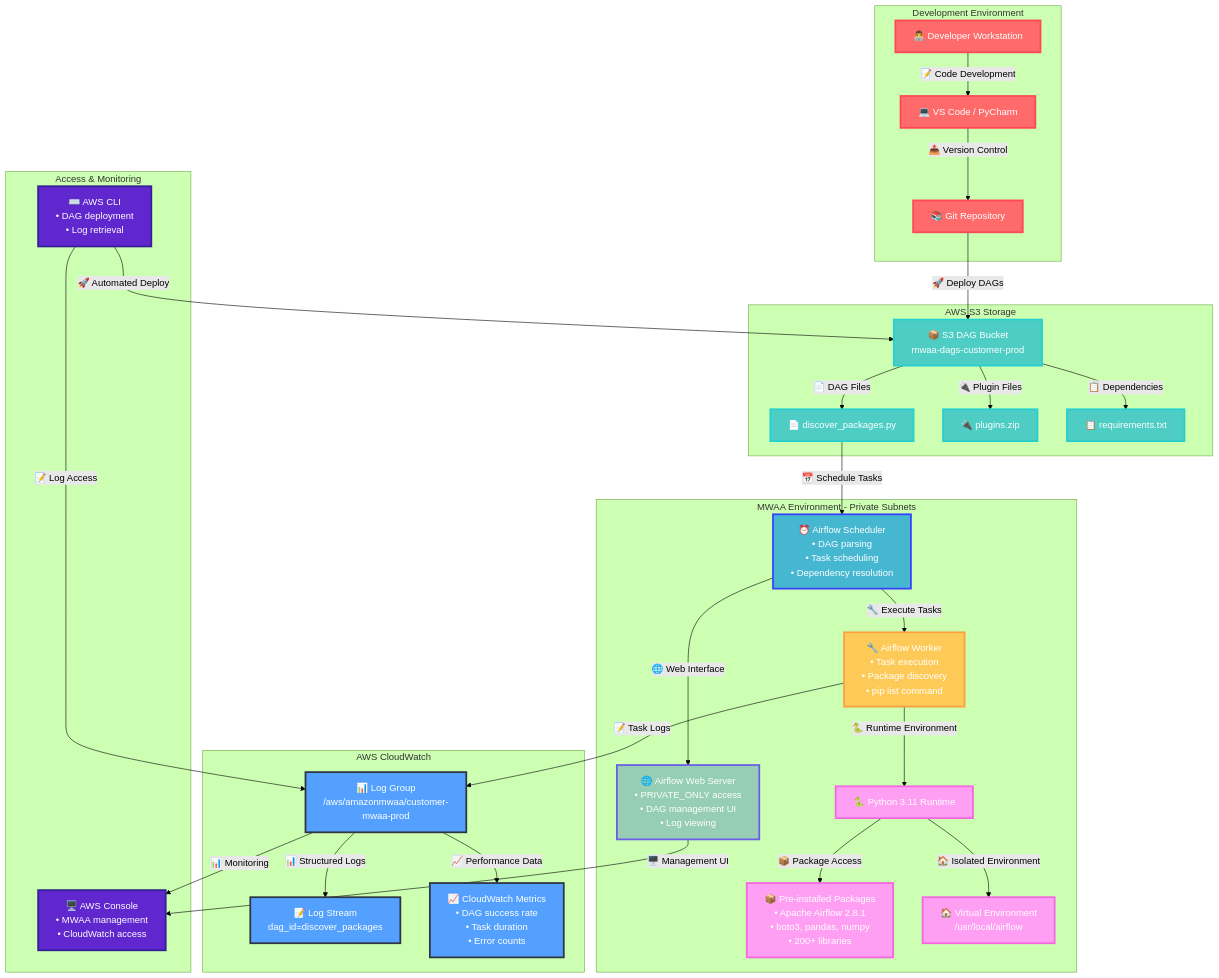
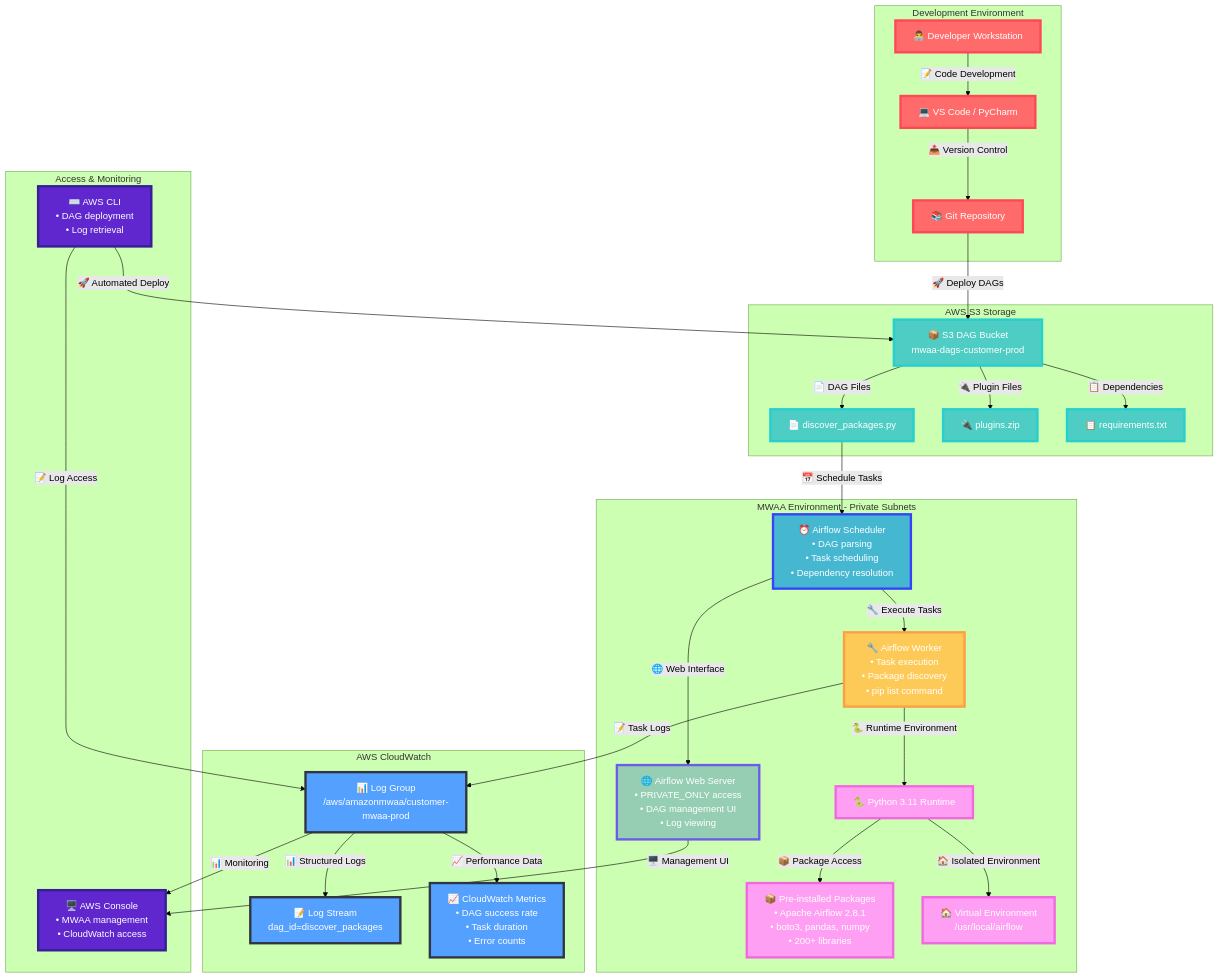
One commit to demoq-demo/mwaa changed the tenth of 12 diagrams in README.md. Above: the diagram before and after it, drawn with Mermaid (forest theme). The commit also changed other lines of this file, not shown here.

````diff
--- a/README.md
+++ b/README.md
@@ -732,69 +742,69 @@
 ```mermaid
 graph TB
     subgraph "Development Environment"
         DEV[👨‍💻 Developer Workstation]:::dev
         IDE[💻 VS Code / PyCharm]:::dev
         GIT[📚 Git Repository]:::dev
     end
     
     subgraph "AWS S3 Storage"
         S3BUCKET[📦 S3 DAG Bucket<br/>mwaa-dags-customer-prod]:::s3
         DAGFILE[📄 discover_packages.py]:::s3
         PLUGINS[🔌 plugins.zip]:::s3
         REQS[📋 requirements.txt]:::s3
     end
     
     subgraph "MWAA Environment - Private Subnets"
         SCHEDULER[⏰ Airflow Scheduler<br/>• DAG parsing<br/>• Task scheduling<br/>• Dependency resolution]:::scheduler
         WEBSERVER[🌐 Airflow Web Server<br/>• PRIVATE_ONLY access<br/>• DAG management UI<br/>• Log viewing]:::webserver
         WORKER[🔧 Airflow Worker<br/>• Task execution<br/>• Package discovery<br/>• pip list command]:::worker
         
         PYTHON[🐍 Python 3.11 Runtime]:::runtime
         PACKAGES[📦 Pre-installed Packages<br/>• Apache Airflow 2.8.1<br/>• boto3, pandas, numpy<br/>• 200+ libraries]:::runtime
         VENV[🏠 Virtual Environment<br/>/usr/local/airflow]:::runtime
     end
     
     subgraph "AWS CloudWatch"
         LOGGROUP[📊 Log Group<br/>/aws/amazonmwaa/customer-mwaa-prod]:::logs
         LOGSTREAM[📝 Log Stream<br/>dag_id=discover_packages]:::logs
         METRICS[📈 CloudWatch Metrics<br/>• DAG success rate<br/>• Task duration<br/>• Error counts]:::logs
     end
     
     subgraph "Access & Monitoring"
         CONSOLE[🖥️ AWS Console<br/>• MWAA management<br/>• CloudWatch access]:::access
         CLI[⌨️ AWS CLI<br/>• DAG deployment<br/>• Log retrieval]:::access
     end
     
     DEV -->|📝 Code Development| IDE
     IDE -->|📤 Version Control| GIT
     GIT -->|🚀 Deploy DAGs| S3BUCKET
     S3BUCKET -->|📄 DAG Files| DAGFILE
     S3BUCKET -->|🔌 Plugin Files| PLUGINS
     S3BUCKET -->|📋 Dependencies| REQS
     
     DAGFILE -->|📅 Schedule Tasks| SCHEDULER
     SCHEDULER -->|🌐 Web Interface| WEBSERVER
     SCHEDULER -->|🔧 Execute Tasks| WORKER
     
     WORKER -->|🐍 Runtime Environment| PYTHON
     PYTHON -->|📦 Package Access| PACKAGES
     PYTHON -->|🏠 Isolated Environment| VENV
     
     WORKER -->|📝 Task Logs| LOGGROUP
     LOGGROUP -->|📊 Structured Logs| LOGSTREAM
     LOGGROUP -->|📈 Performance Data| METRICS
     
     WEBSERVER -->|🖥️ Management UI| CONSOLE
     LOGGROUP -->|📊 Monitoring| CONSOLE
     CLI -->|🚀 Automated Deploy| S3BUCKET
     CLI -->|📝 Log Access| LOGGROUP
     
-    classDef dev fill:#FF6B6B,stroke:#FF4757,stroke-width:3px,color:#fff
-    classDef s3 fill:#4ECDC4,stroke:#26D0CE,stroke-width:3px,color:#fff
-    classDef scheduler fill:#45B7D1,stroke:#3742FA,stroke-width:3px,color:#fff
-    classDef webserver fill:#96CEB4,stroke:#6C5CE7,stroke-width:3px,color:#fff
-    classDef worker fill:#FECA57,stroke:#FF9F43,stroke-width:3px,color:#fff
-    classDef runtime fill:#FF9FF3,stroke:#F368E0,stroke-width:3px,color:#fff
-    classDef logs fill:#54A0FF,stroke:#2F3542,stroke-width:3px,color:#fff
-    classDef access fill:#5F27CD,stroke:#341F97,stroke-width:3px,color:#fff
+    classDef dev fill:#FF6B6B,stroke:#FF4757,stroke-width:4px,color:#fff
+    classDef s3 fill:#4ECDC4,stroke:#26D0CE,stroke-width:4px,color:#fff
+    classDef scheduler fill:#45B7D1,stroke:#3742FA,stroke-width:4px,color:#fff
+    classDef webserver fill:#96CEB4,stroke:#6C5CE7,stroke-width:4px,color:#fff
+    classDef worker fill:#FECA57,stroke:#FF9F43,stroke-width:4px,color:#fff
+    classDef runtime fill:#FF9FF3,stroke:#F368E0,stroke-width:4px,color:#fff
+    classDef logs fill:#54A0FF,stroke:#2F3542,stroke-width:4px,color:#fff
+    classDef access fill:#5F27CD,stroke:#341F97,stroke-width:4px,color:#fff
 ```
````
